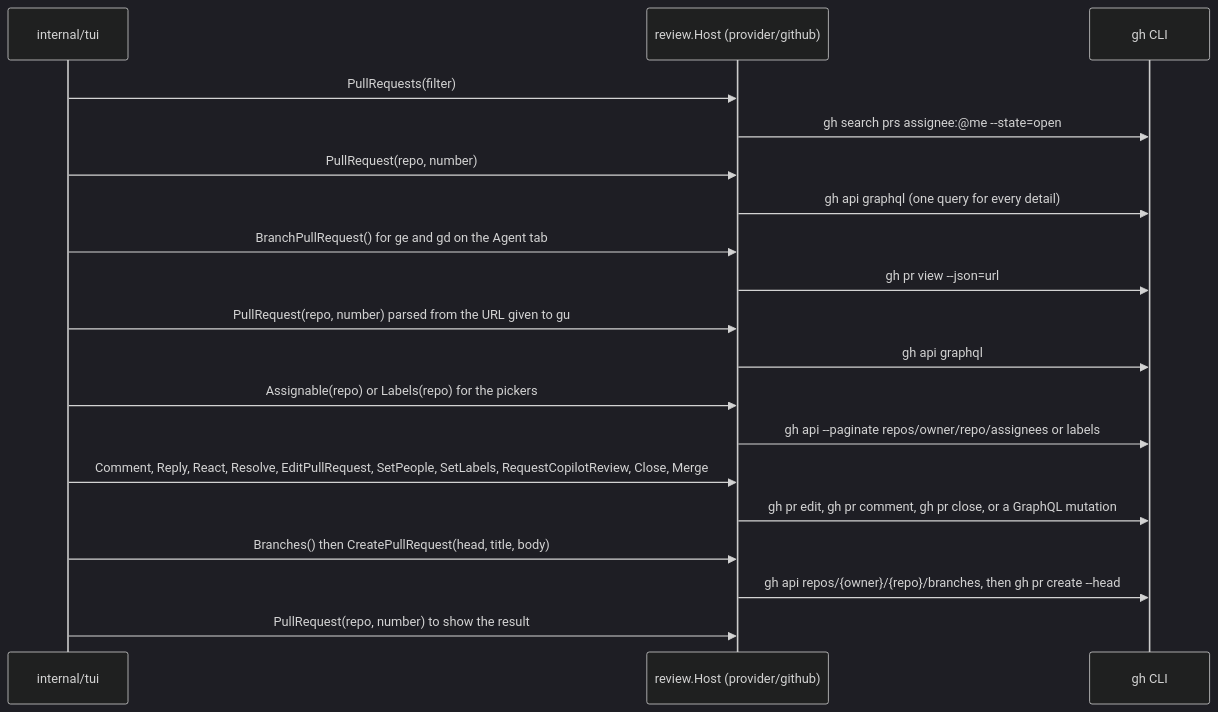
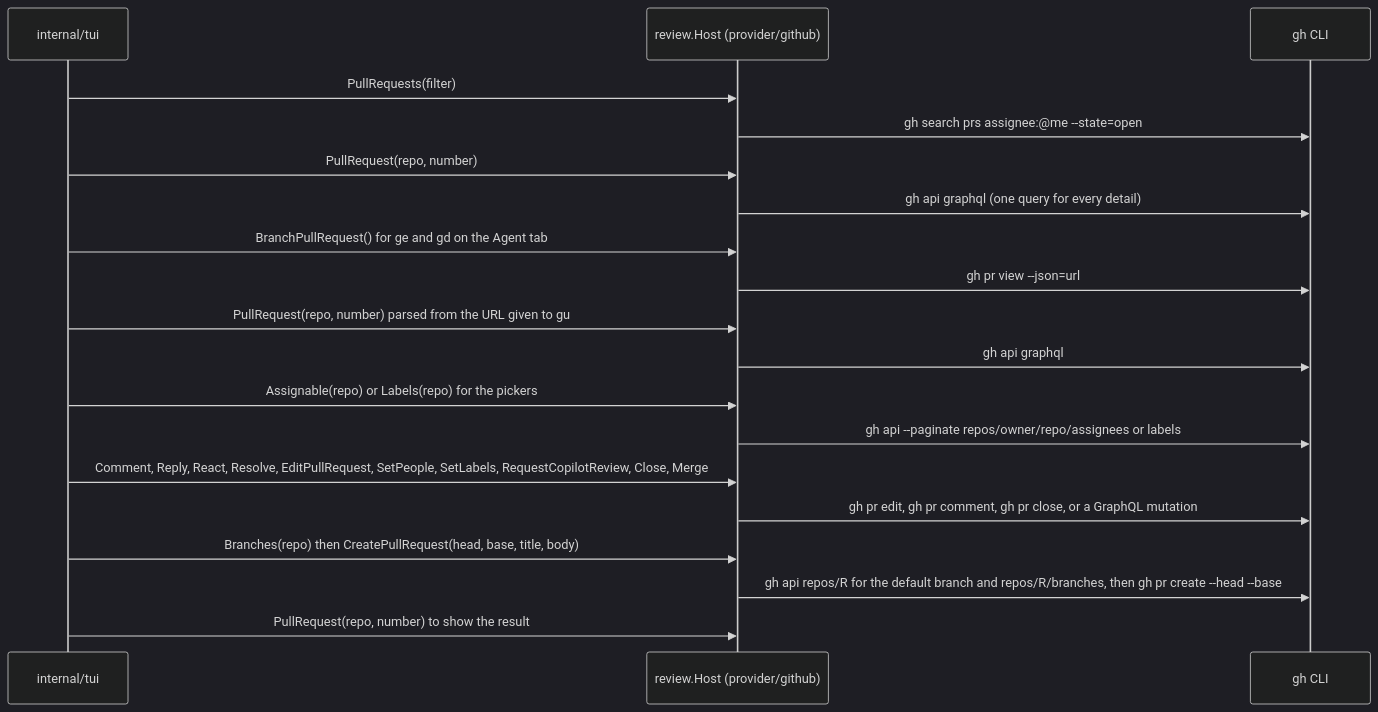
The diagram in docs/pull-requests.md (jfmainville/revunk), drawn with Mermaid (dark theme) before and after one commit. The commit also changed 7 other files, not shown here.

Commit message:
feat(tui): pick the target branch when creating or editing a pull request

````diff
--- a/docs/pull-requests.md
+++ b/docs/pull-requests.md
@@ -7,21 +7,21 @@
 ```mermaid
 sequenceDiagram
     participant TUI as internal/tui
     participant Host as review.Host (provider/github)
     participant GH as gh CLI
     TUI->>Host: PullRequests(filter)
     Host->>GH: gh search prs assignee:@me --state=open
     TUI->>Host: PullRequest(repo, number)
     Host->>GH: gh api graphql (one query for every detail)
     TUI->>Host: BranchPullRequest() for ge and gd on the Agent tab
     Host->>GH: gh pr view --json=url
     TUI->>Host: PullRequest(repo, number) parsed from the URL given to gu
     Host->>GH: gh api graphql
     TUI->>Host: Assignable(repo) or Labels(repo) for the pickers
     Host->>GH: gh api --paginate repos/owner/repo/assignees or labels
     TUI->>Host: Comment, Reply, React, Resolve, EditPullRequest, SetPeople, SetLabels, RequestCopilotReview, Close, Merge
     Host->>GH: gh pr edit, gh pr comment, gh pr close, or a GraphQL mutation
-    TUI->>Host: Branches() then CreatePullRequest(head, title, body)
-    Host->>GH: gh api repos/{owner}/{repo}/branches, then gh pr create --head
+    TUI->>Host: Branches(repo) then CreatePullRequest(head, base, title, body)
+    Host->>GH: gh api repos/R for the default branch and repos/R/branches, then gh pr create --head --base
     TUI->>Host: PullRequest(repo, number) to show the result
 ```
````
